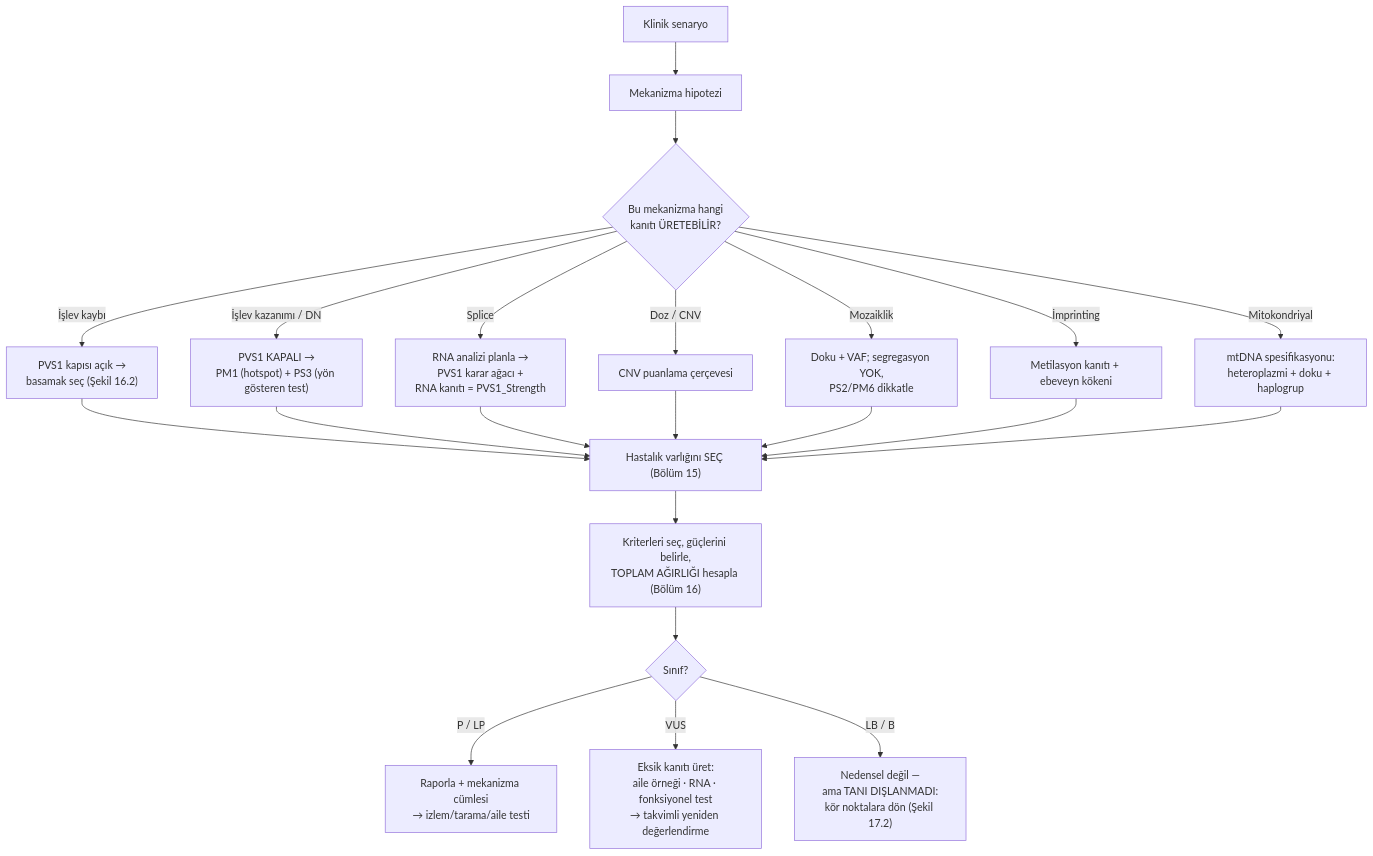
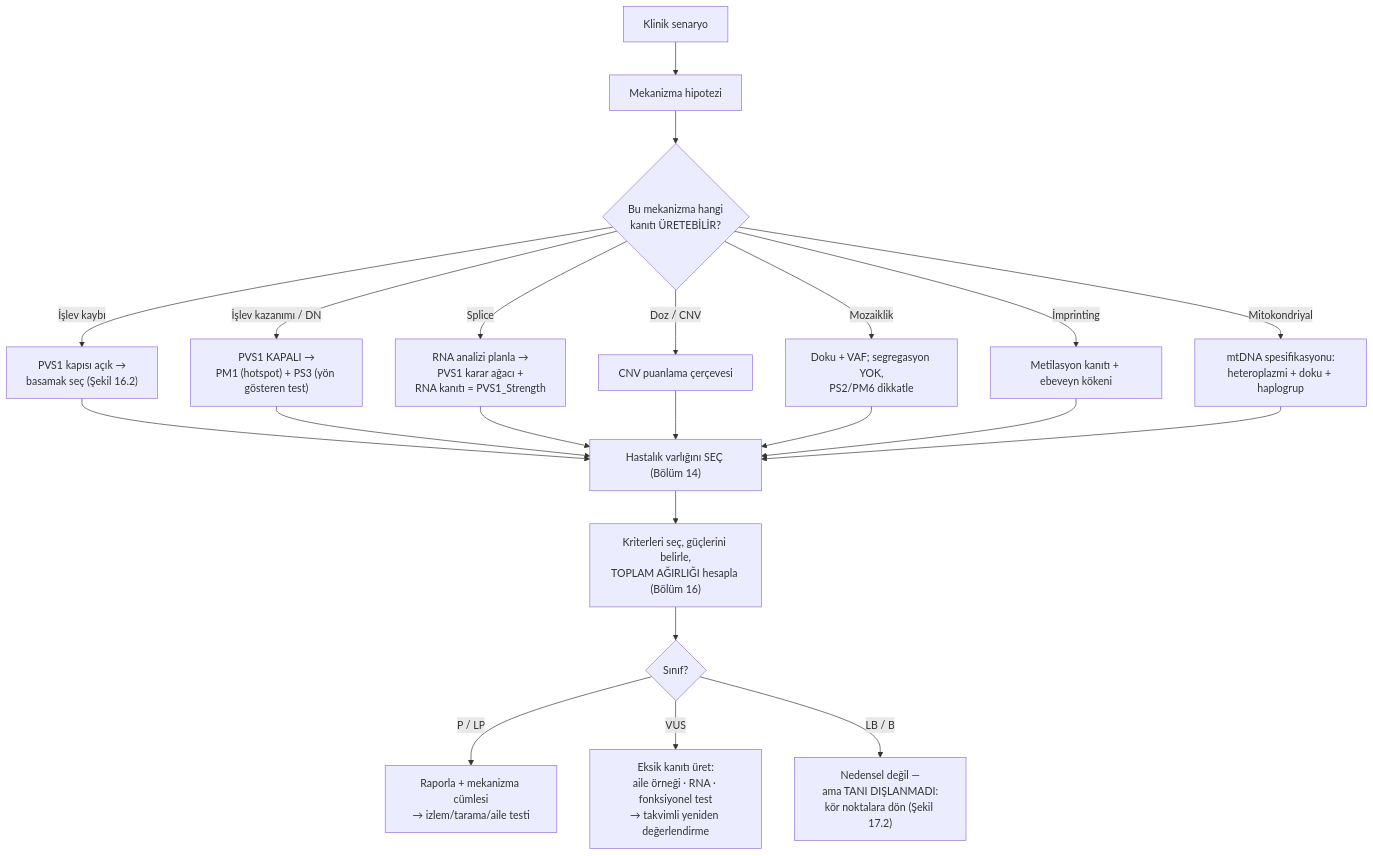
One commit to MDKalenderoglu/Mekanizma_Kitab- changed the second of 3 diagrams in Bölüm_17_Klinik_Senaryolarla_Sentez.md. Above: the diagram before and after it, drawn with Mermaid. The commit also changed other lines of this file and 33 other files, not shown here.

````diff
--- a/Bölüm_17_Klinik_Senaryolarla_Sentez.md
+++ b/Bölüm_17_Klinik_Senaryolarla_Sentez.md
@@ -216,27 +216,27 @@
 ```mermaid
 flowchart TD
   A["Klinik senaryo"] --> B["Mekanizma hipotezi"]
   B --> C{"Bu mekanizma hangi<br/>kanıtı ÜRETEBİLİR?"}
 
   C -->|"İşlev kaybı"| D["PVS1 kapısı açık →<br/>basamak seç (Şekil 16.2)"]
   C -->|"İşlev kazanımı / DN"| E["PVS1 KAPALI →<br/>PM1 (hotspot) + PS3 (yön gösteren test)"]
   C -->|"Splice"| F["RNA analizi planla →<br/>PVS1 karar ağacı +<br/>RNA kanıtı = PVS1_Strength"]
   C -->|"Doz / CNV"| G["CNV puanlama çerçevesi"]
   C -->|"Mozaiklik"| H["Doku + VAF; segregasyon YOK,<br/>PS2/PM6 dikkatle"]
   C -->|"İmprinting"| I["Metilasyon kanıtı + ebeveyn kökeni"]
   C -->|"Mitokondriyal"| J["mtDNA spesifikasyonu:<br/>heteroplazmi + doku + haplogrup"]
 
-  D --> K["Hastalık varlığını SEÇ (Bölüm 15)"]
+  D --> K["Hastalık varlığını SEÇ (Bölüm 14)"]
   E --> K
   F --> K
   G --> K
   H --> K
   I --> K
   J --> K
 
   K --> L["Kriterleri seç, güçlerini belirle,<br/>TOPLAM AĞIRLIĞI hesapla (Bölüm 16)"]
   L --> M{"Sınıf?"}
   M -->|"P / LP"| N["Raporla + mekanizma cümlesi<br/>→ izlem/tarama/aile testi"]
   M -->|"VUS"| O["Eksik kanıtı üret:<br/>aile örneği · RNA · fonksiyonel test<br/>→ takvimli yeniden değerlendirme"]
   M -->|"LB / B"| P["Nedensel değil —<br/>ama TANI DIŞLANMADI:<br/>kör noktalara dön (Şekil 17.2)"]
 ```
````
